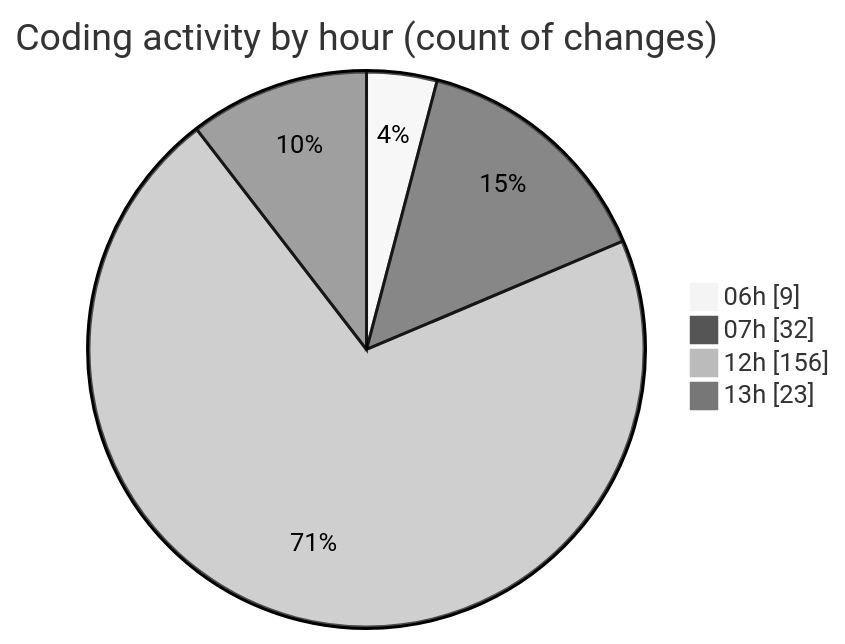
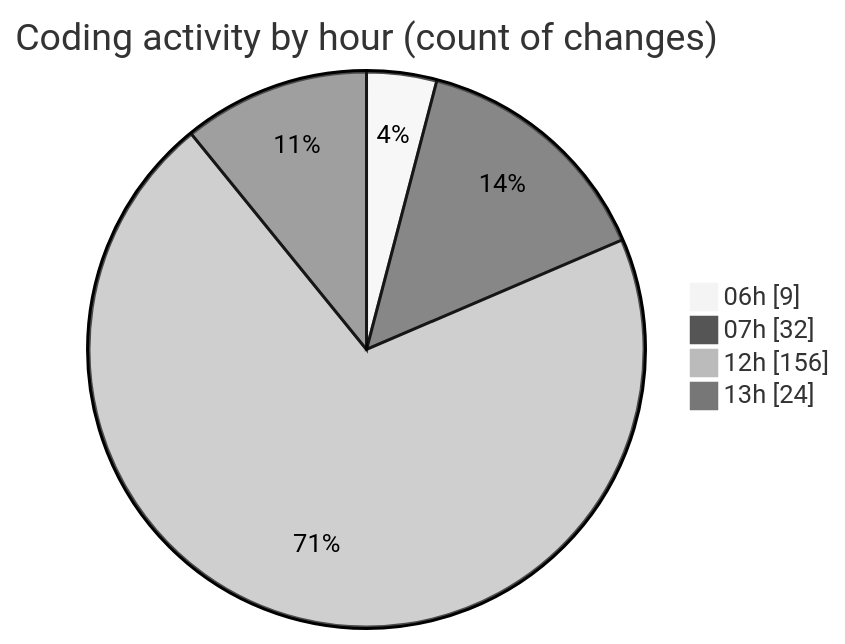
One commit to robertbonfada/code-tracking changed the second of 2 diagrams in 2025-02-18/mbc-web/README.md. Above: the diagram before and after it, drawn with Mermaid (neutral theme). The commit also changed other lines of this file and 1 other file, not shown here.

````diff
--- a/2025-02-18/mbc-web/README.md
+++ b/2025-02-18/mbc-web/README.md
@@ -143,8 +143,8 @@
 ```mermaid
 pie showData
 title Coding activity by hour (count of changes)
 "06h" : 9
 "07h" : 32
 "12h" : 156
-"13h" : 23
+"13h" : 24
 ```
````
